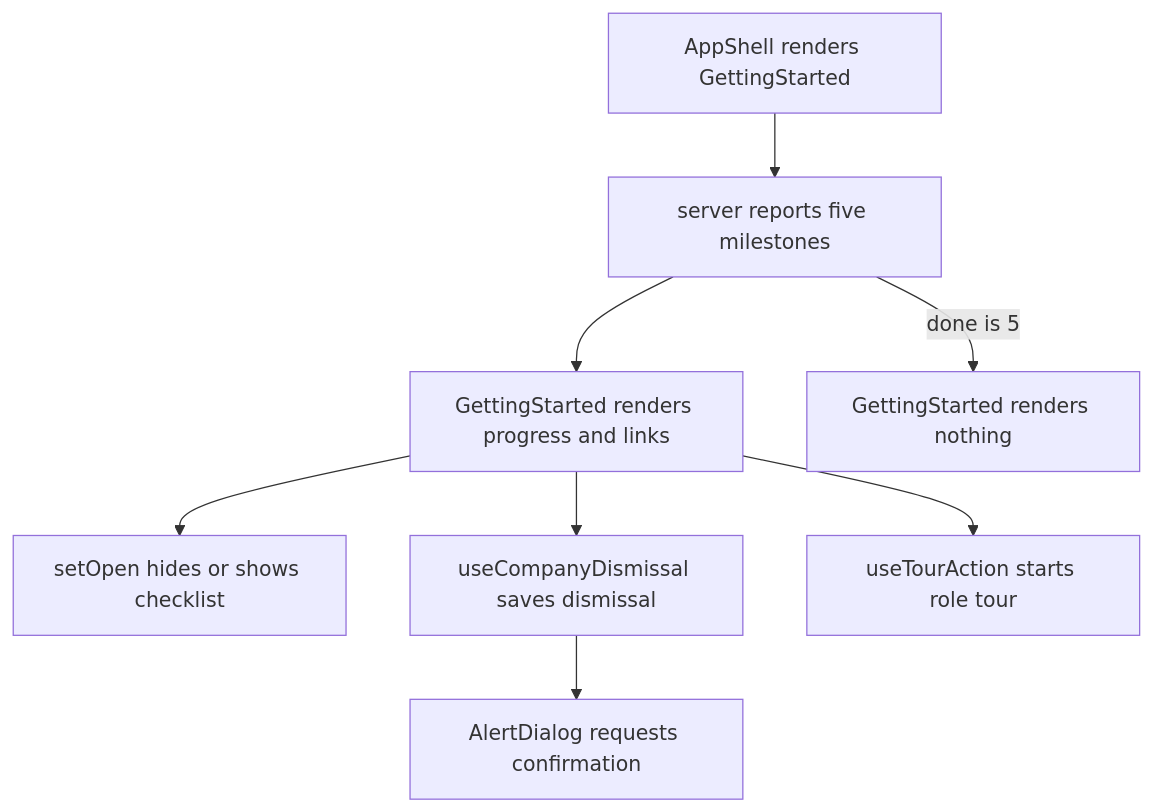
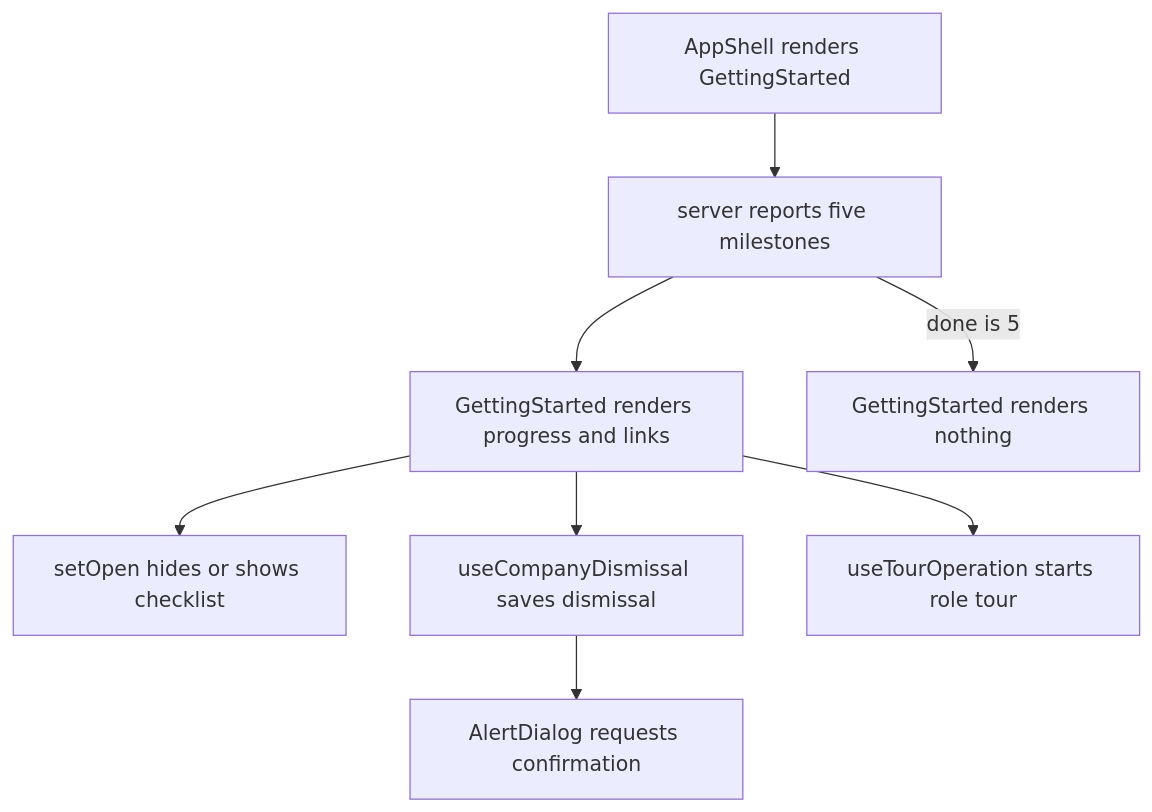
The second of 2 diagrams in user-stories/navigation/US-NAV-13-getting-started.md (Kevinjohn/capacitylens), drawn with Mermaid before and after one commit. The commit also changed other lines of this file and 50 other files, not shown here.

First line of the commit message:
Action to operation: rename non-store action hooks and components

````diff
--- a/user-stories/navigation/US-NAV-13-getting-started.md
+++ b/user-stories/navigation/US-NAV-13-getting-started.md
@@ -35,10 +35,10 @@
 ```mermaid
 flowchart TD
   shell["AppShell renders GettingStarted"] --> steps["server reports five milestones"]
   steps --> panel["GettingStarted renders progress and links"]
   panel --> toggle["setOpen hides or shows checklist"]
   panel --> dismiss["useCompanyDismissal saves dismissal"]
   dismiss --> confirm["AlertDialog requests confirmation"]
   steps -->|done is 5| hidden["GettingStarted renders nothing"]
-  panel --> tour["useTourAction starts role tour"]
+  panel --> tour["useTourOperation starts role tour"]
 ```
````
